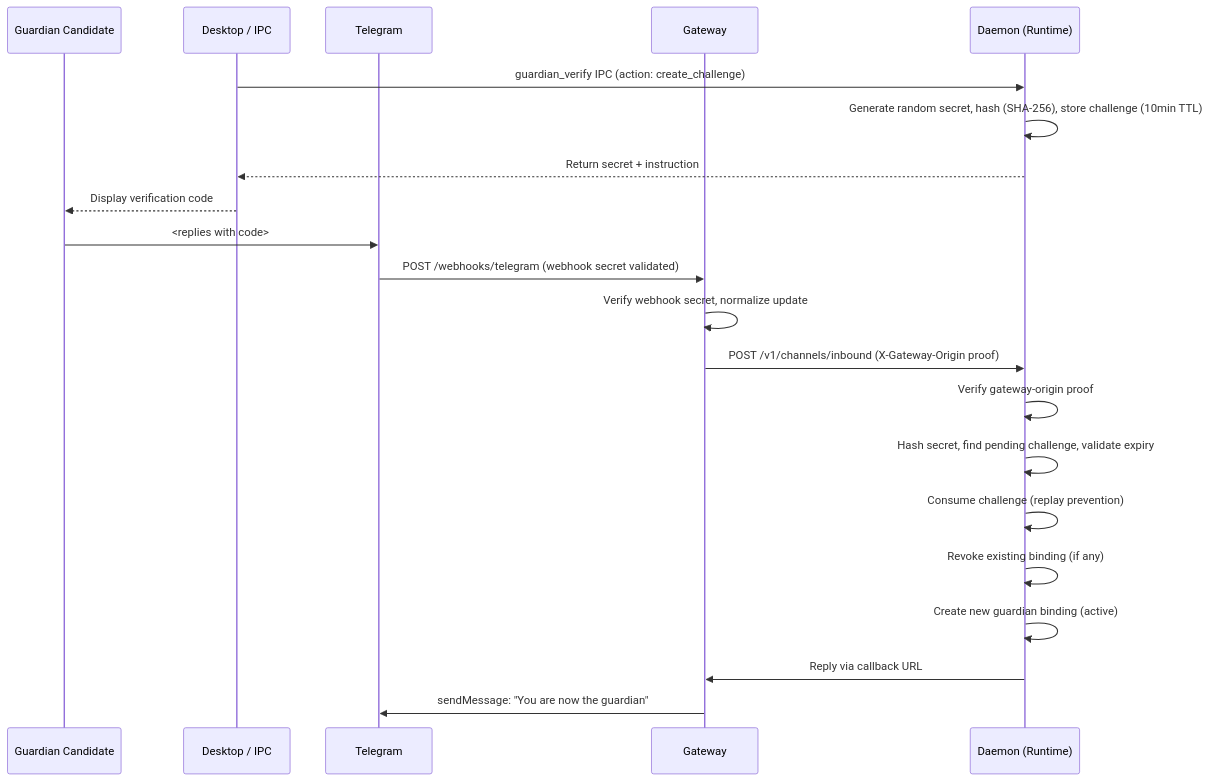
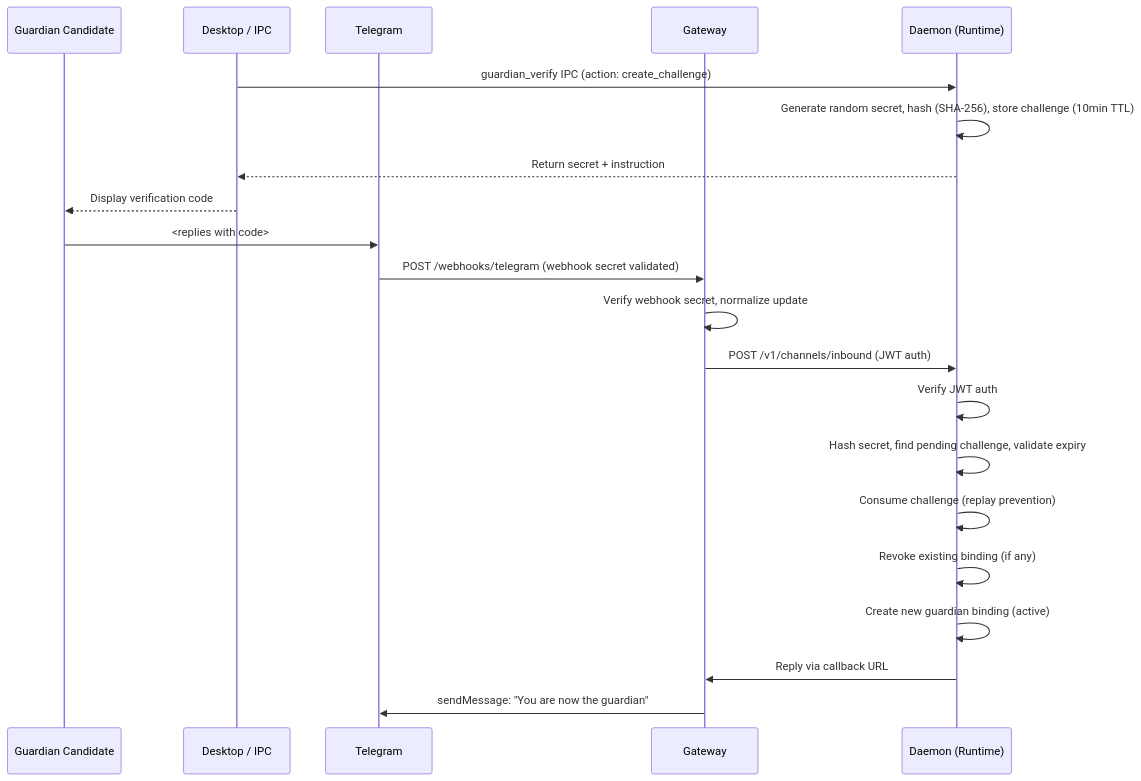
The first of 7 diagrams in gateway/ARCHITECTURE.md (vellum-ai/vellum-assistant), drawn with Mermaid before and after one commit. The commit also changed other lines of this file and 19 other files, not shown here.

First line of the commit message:
Remove stale X-Gateway-Origin tests, dead readHttpToken export, and update auth docs

````diff
--- a/gateway/ARCHITECTURE.md
+++ b/gateway/ARCHITECTURE.md
@@ -383,24 +383,24 @@
 ```mermaid
 sequenceDiagram
     participant User as Guardian Candidate
     participant Desktop as Desktop / IPC
     participant TG as Telegram
     participant GW as Gateway
     participant Daemon as Daemon (Runtime)
 
     Desktop->>Daemon: guardian_verify IPC (action: create_challenge)
     Daemon->>Daemon: Generate random secret, hash (SHA-256), store challenge (10min TTL)
     Daemon-->>Desktop: Return secret + instruction
     Desktop-->>User: Display verification code
     User->>TG: <replies with code>
     TG->>GW: POST /webhooks/telegram (webhook secret validated)
     GW->>GW: Verify webhook secret, normalize update
-    GW->>Daemon: POST /v1/channels/inbound (X-Gateway-Origin proof)
-    Daemon->>Daemon: Verify gateway-origin proof
+    GW->>Daemon: POST /v1/channels/inbound (JWT auth)
+    Daemon->>Daemon: Verify JWT auth
     Daemon->>Daemon: Hash secret, find pending challenge, validate expiry
     Daemon->>Daemon: Consume challenge (replay prevention)
     Daemon->>Daemon: Revoke existing binding (if any)
     Daemon->>Daemon: Create new guardian binding (active)
     Daemon->>GW: Reply via callback URL
     GW->>TG: sendMessage: "You are now the guardian"
 ```
````
